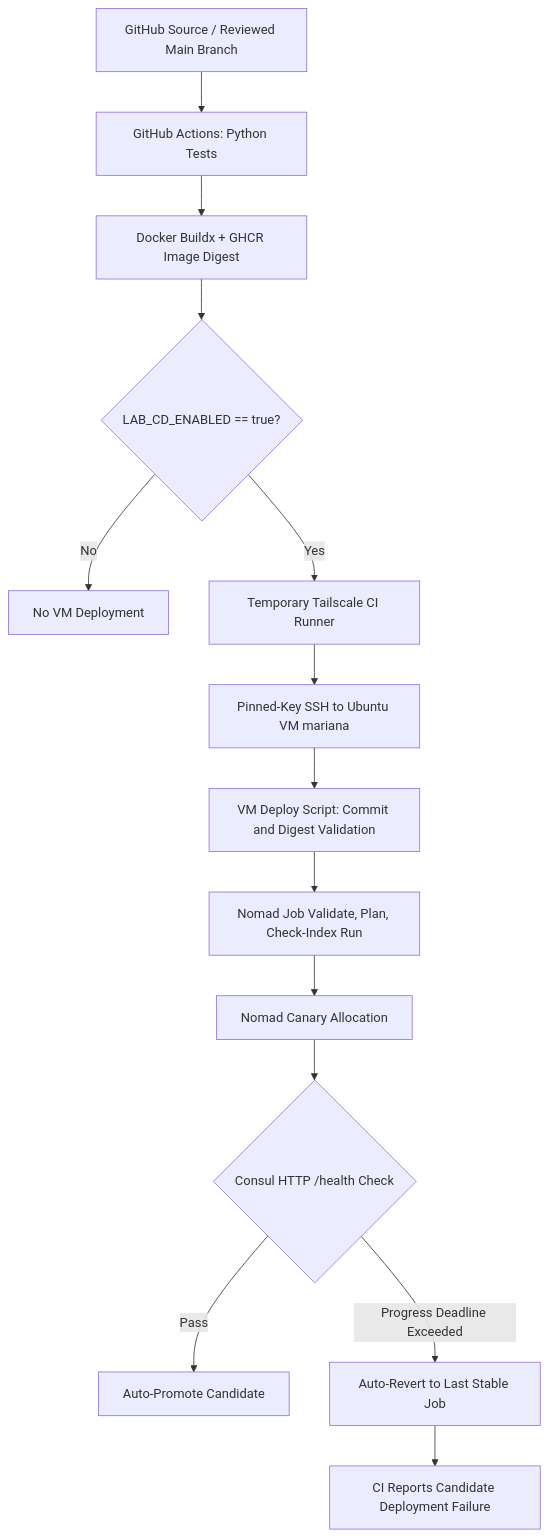
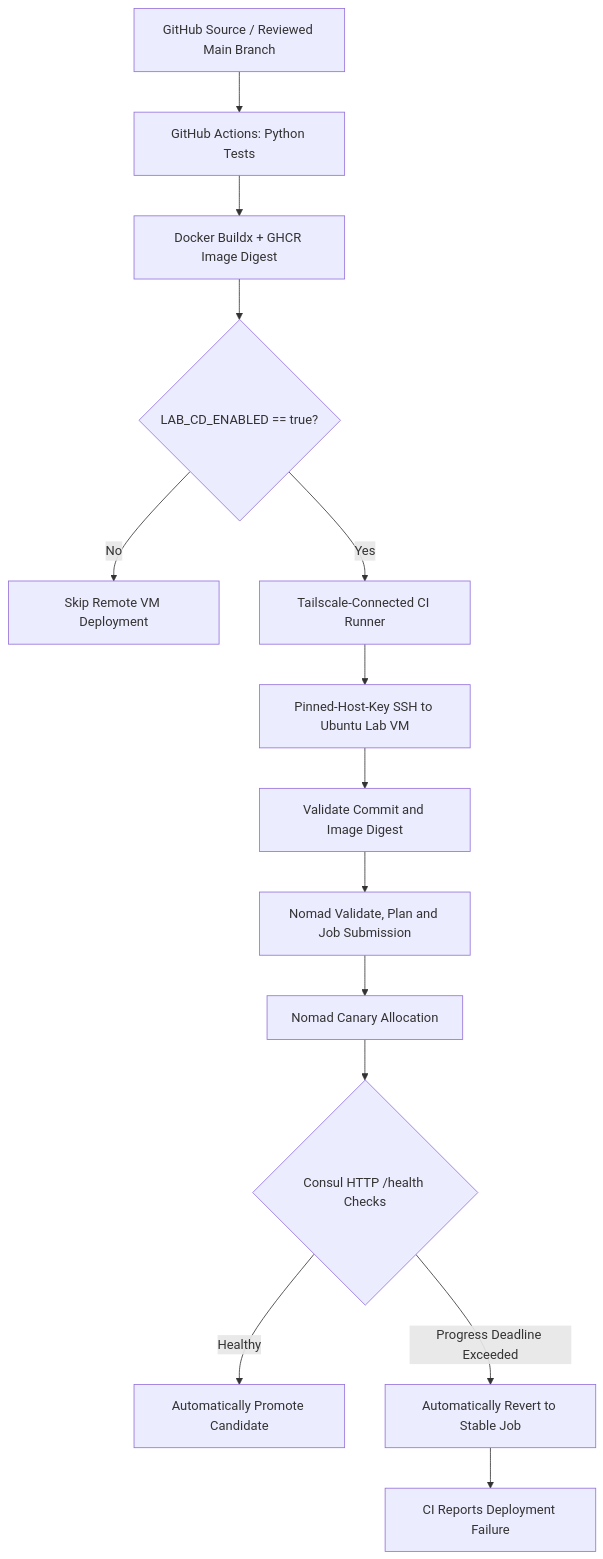
The diagram in README.md (atiqa-ai/nomad-auto-rollback-lab), drawn with Mermaid before and after one commit. The commit also changed other lines of this file, not shown here.

````diff
--- a/README.md
+++ b/README.md
@@ -11,16 +65,16 @@
 ```mermaid
 flowchart TD
     A["GitHub Source / Reviewed Main Branch"] --> B["GitHub Actions: Python Tests"]
     B --> C["Docker Buildx + GHCR Image Digest"]
     C --> D{"LAB_CD_ENABLED == true?"}
-    D -->|No| E["No VM Deployment"]
-    D -->|Yes| F["Temporary Tailscale CI Runner"]
-    F --> G["Pinned-Key SSH to Ubuntu VM mariana"]
-    G --> H["VM Deploy Script: Commit and Digest Validation"]
-    H --> I["Nomad Job Validate, Plan, Check-Index Run"]
+    D -->|No| E["Skip Remote VM Deployment"]
+    D -->|Yes| F["Tailscale-Connected CI Runner"]
+    F --> G["Pinned-Host-Key SSH to Ubuntu Lab VM"]
+    G --> H["Validate Commit and Image Digest"]
+    H --> I["Nomad Validate, Plan and Job Submission"]
     I --> J["Nomad Canary Allocation"]
-    J --> K{"Consul HTTP /health Check"}
-    K -->|Pass| L["Auto-Promote Candidate"]
-    K -->|Progress Deadline Exceeded| M["Auto-Revert to Last Stable Job"]
-    M --> N["CI Reports Candidate Deployment Failure"]
+    J --> K{"Consul HTTP /health Checks"}
+    K -->|Healthy| L["Automatically Promote Candidate"]
+    K -->|Progress Deadline Exceeded| M["Automatically Revert to Stable Job"]
+    M --> N["CI Reports Deployment Failure"]
 ```
````
